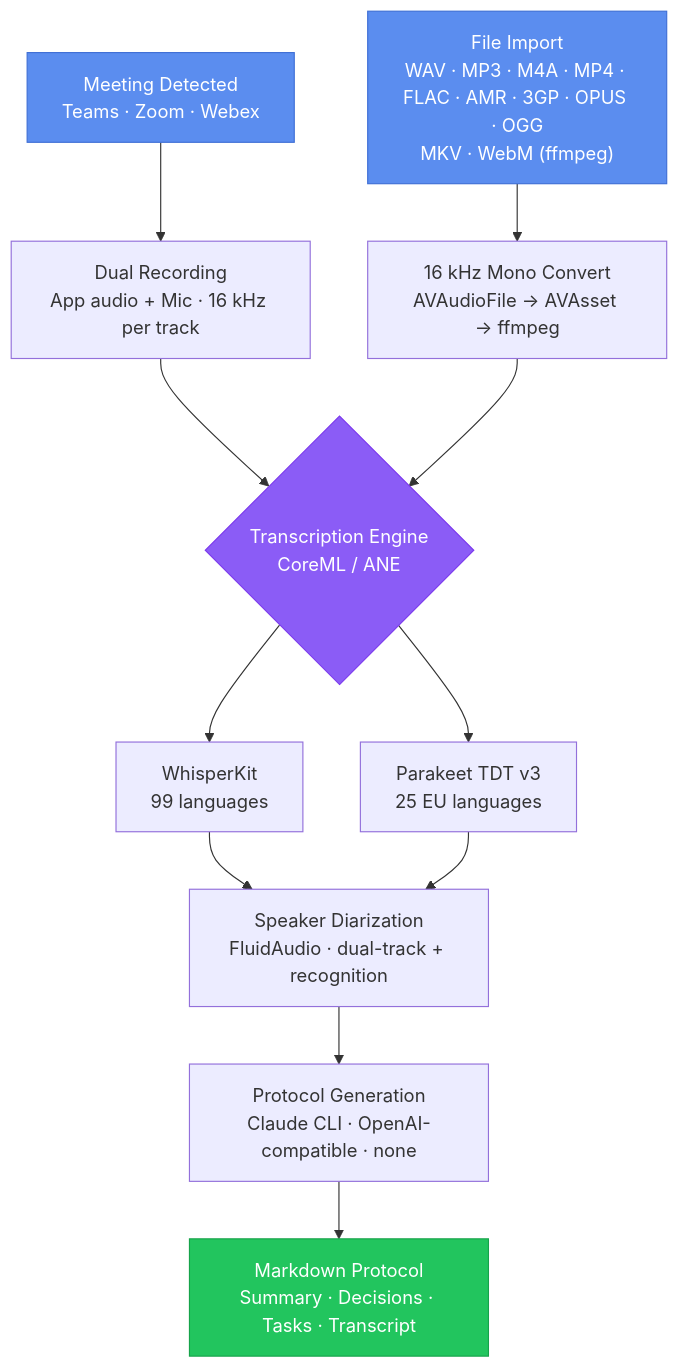
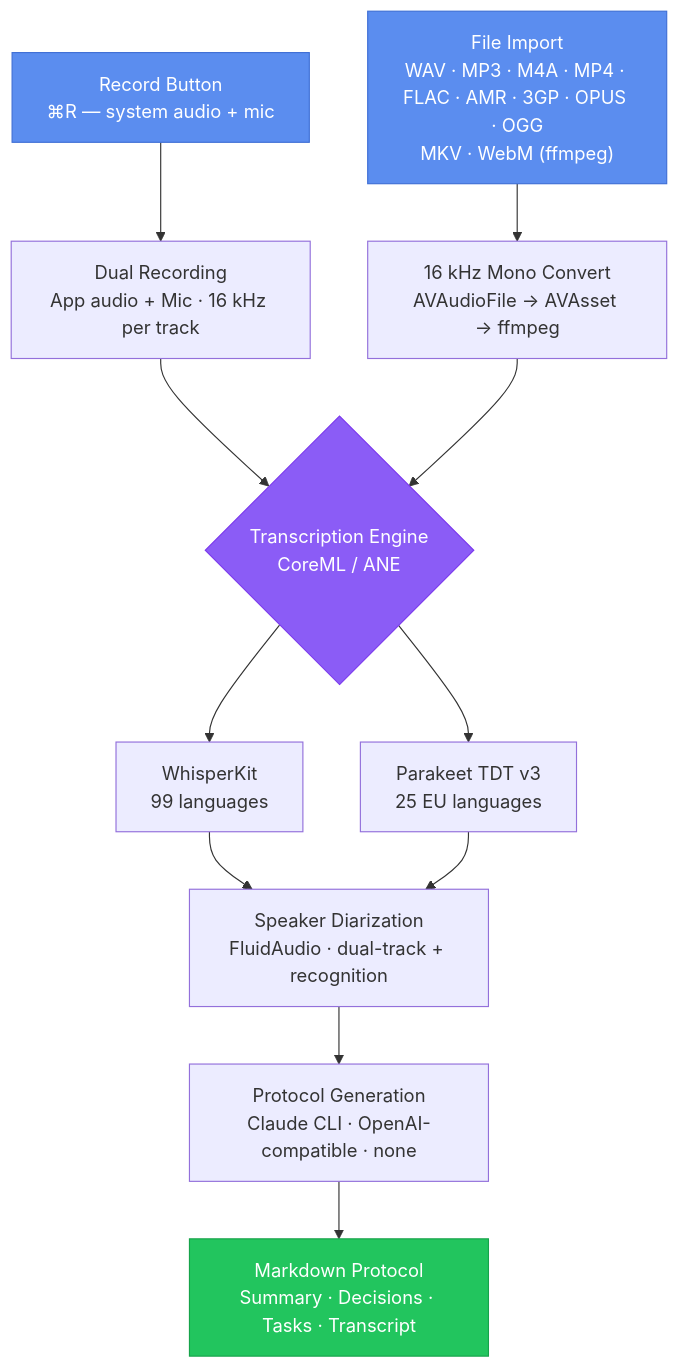
The diagram in README.md (LukaHarambasic/meeting-transcriber), drawn with Mermaid before and after one commit. The commit also changed other lines of this file and 6 other files, not shown here.

````diff
--- a/README.md
+++ b/README.md
@@ -48,31 +48,31 @@
 ```mermaid
 flowchart TD
-    A["Meeting Detected<br/>Teams · Zoom · Webex"]
+    A["Record Button<br/>⌘R — system audio + mic"]
     A2["File Import<br/>WAV · MP3 · M4A · MP4 · FLAC · AMR · 3GP · OPUS · OGG<br/>MKV · WebM (ffmpeg)"]
     B["Dual Recording<br/>App audio + Mic · 16 kHz per track"]
     C["16 kHz Mono Convert<br/>AVAudioFile → AVAsset → ffmpeg"]
     D{"Transcription Engine<br/>CoreML / ANE"}
     D1["WhisperKit<br/>99 languages"]
     D2["Parakeet TDT v3<br/>25 EU languages"]
     E["Speaker Diarization<br/>FluidAudio · dual-track + recognition"]
     F["Protocol Generation<br/>Claude CLI · OpenAI-compatible · none"]
     G["Markdown Protocol<br/>Summary · Decisions · Tasks · Transcript"]
 
     A --> B
     A2 --> C
     B --> D
     C --> D
     D --> D1
     D --> D2
     D1 --> E
     D2 --> E
     E --> F
     F --> G
 
     classDef input fill:#5B8DEF,stroke:#3F6FD5,color:#fff
     classDef engine fill:#8B5CF6,stroke:#7C3AED,color:#fff
     classDef output fill:#22C55E,stroke:#16A34A,color:#fff
     class A,A2 input
     class D engine
     class G output
 ```
````
